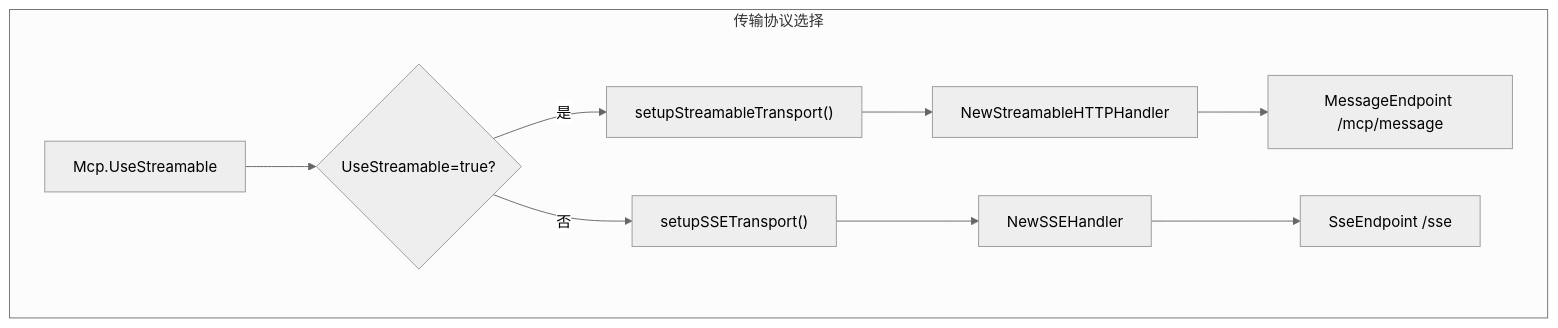
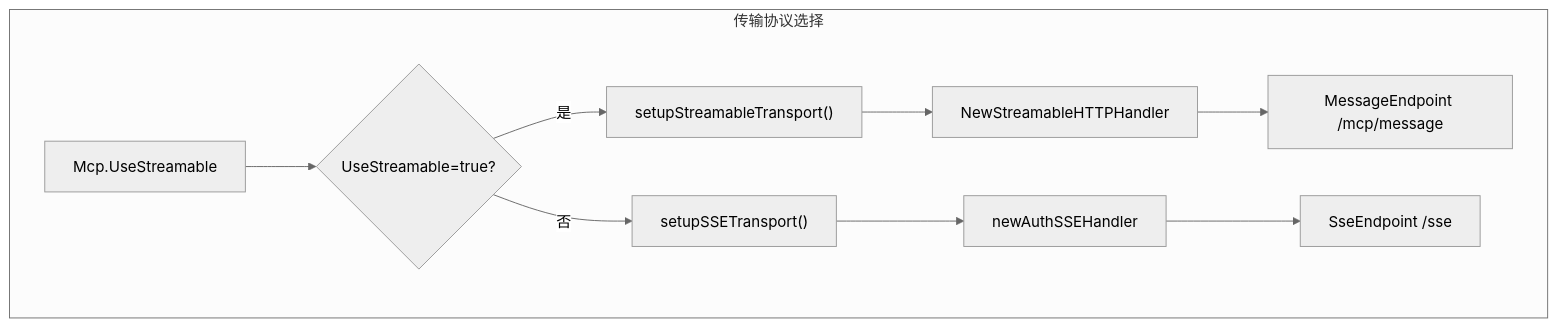
The fifth of 15 diagrams in .qoder/repowiki/zh/content/AI应用模块/MCP服务器.md (maomao94/zero-service), drawn with Mermaid (neutral theme) before and after one commit. The commit also changed other lines of this file and 11 other files, not shown here.

````diff
--- a/.qoder/repowiki/zh/content/AI应用模块/MCP服务器.md
+++ b/.qoder/repowiki/zh/content/AI应用模块/MCP服务器.md
@@ -288,12 +304,12 @@
 ```mermaid
 graph TB
 subgraph "传输协议选择"
 A["Mcp.UseStreamable"] --> B{"UseStreamable=true?"}
 B --> |是| C["setupStreamableTransport()"]
 B --> |否| D["setupSSETransport()"]
 C --> E["NewStreamableHTTPHandler"]
-D --> F["NewSSEHandler"]
+D --> F["newAuthSSEHandler"]
 E --> G["MessageEndpoint /mcp/message"]
 F --> H["SseEndpoint /sse"]
 end
 ```
````
